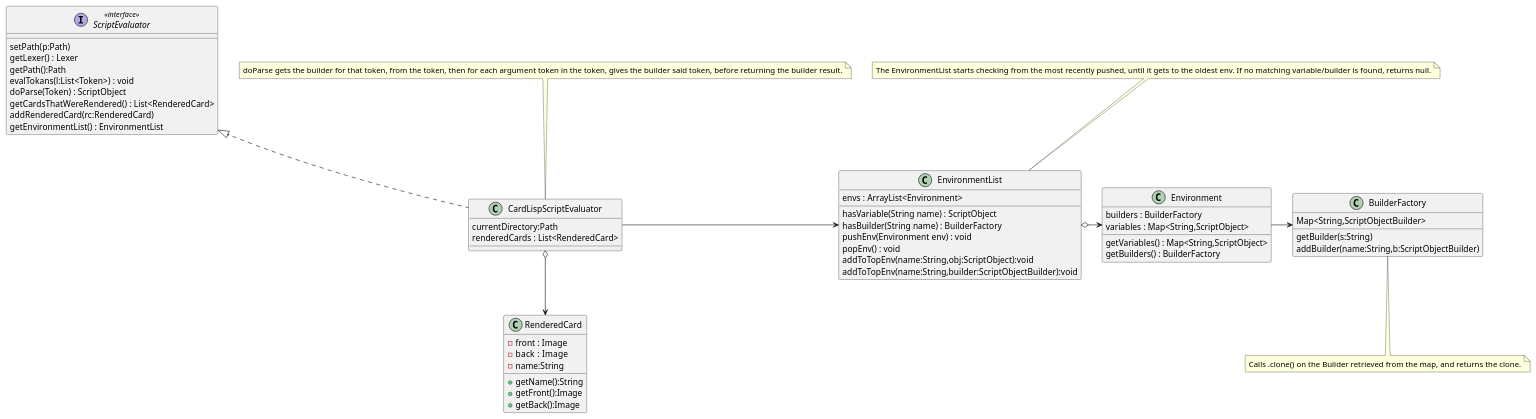
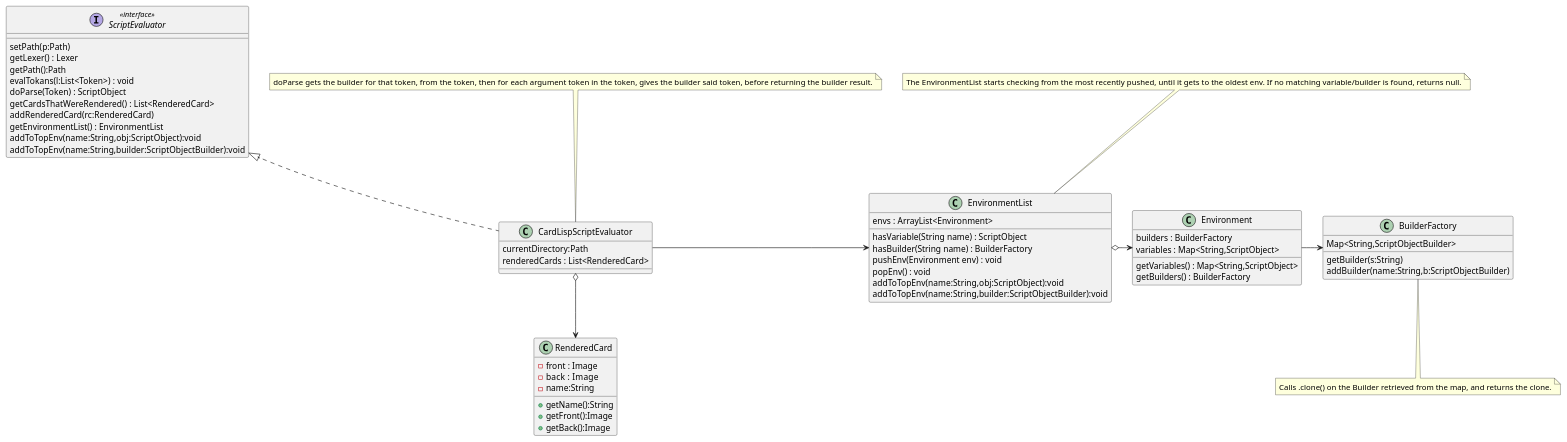
One commit to MatthewBregg/DesignPatternsRepo changed the diagram in Parsing/ScriptEvaluatorUML.org. Above: the diagram before and after it, drawn with PlantUML. The commit also changed 5 other files, not shown here.

Commit message:
Updated lexer driver script evaluator

```diff
--- a/Parsing/ScriptEvaluatorUML.org
+++ b/Parsing/ScriptEvaluatorUML.org
@@ -1,65 +1,68 @@
 #+BEGIN_SRC plantuml :file ScriptEvaluatorUML.png
 class BuilderFactory
 
 note bottom : Calls .clone() on the Builder retrieved from the map, and returns the clone.
 
 BuilderFactory : Map<String,ScriptObjectBuilder>
 BuilderFactory : getBuilder(s:String)
 BuilderFactory : addBuilder(name:String,b:ScriptObjectBuilder)
 
 class Environment
 Environment : builders : BuilderFactory 
 Environment : variables : Map<String,ScriptObject>
 Environment : getVariables() : Map<String,ScriptObject>
 Environment : getBuilders() : BuilderFactory
 
 class EnvironmentList
 
 EnvironmentList : envs : ArrayList<Environment>
 EnvironmentList : hasVariable(String name) : ScriptObject
 EnvironmentList : hasBuilder(String name) : BuilderFactory
 EnvironmentList : pushEnv(Environment env) : void
 EnvironmentList : popEnv() : void
 EnvironmentList : addToTopEnv(name:String,obj:ScriptObject):void
 EnvironmentList : addToTopEnv(name:String,builder:ScriptObjectBuilder):void
 
 
 note top : The EnvironmentList starts checking from the most recently pushed, until it gets to the oldest env. If no matching variable/builder is found, returns null.
 
 EnvironmentList o-> Environment
 
 interface ScriptEvaluator<<interface>>
 class CardLispScriptEvaluator
 
 ScriptEvaluator <|.. CardLispScriptEvaluator 
 
 CardLispScriptEvaluator : currentDirectory:Path
 CardLispScriptEvaluator : renderedCards : List<RenderedCard>
 ScriptEvaluator : setPath(p:Path)
 ScriptEvaluator : getLexer() : Lexer
 ScriptEvaluator : getPath():Path
 ScriptEvaluator : evalTokans(l:List<Token>) : void
 ScriptEvaluator : doParse(Token) : ScriptObject
 ScriptEvaluator : getCardsThatWereRendered() : List<RenderedCard>
 ScriptEvaluator : addRenderedCard(rc:RenderedCard)
 ScriptEvaluator : getEnvironmentList() : EnvironmentList
 
+ScriptEvaluator : addToTopEnv(name:String,obj:ScriptObject):void
+ScriptEvaluator : addToTopEnv(name:String,builder:ScriptObjectBuilder):void
+
 CardLispScriptEvaluator -> EnvironmentList
 
 note top : doParse gets the builder for that token, from the token, then for each argument token in the token, gives the builder said token, before returning the builder result. 
 
 
 
 Environment -> BuilderFactory
 
 
 class RenderedCard
 RenderedCard : -front : Image
 RenderedCard : -back  : Image
 RenderedCard : -name:String
 RenderedCard : +getName():String
 RenderedCard : +getFront():Image
 RenderedCard : +getBack():Image
 
 CardLispScriptEvaluator o--> RenderedCard
 #+END_SRC
```
